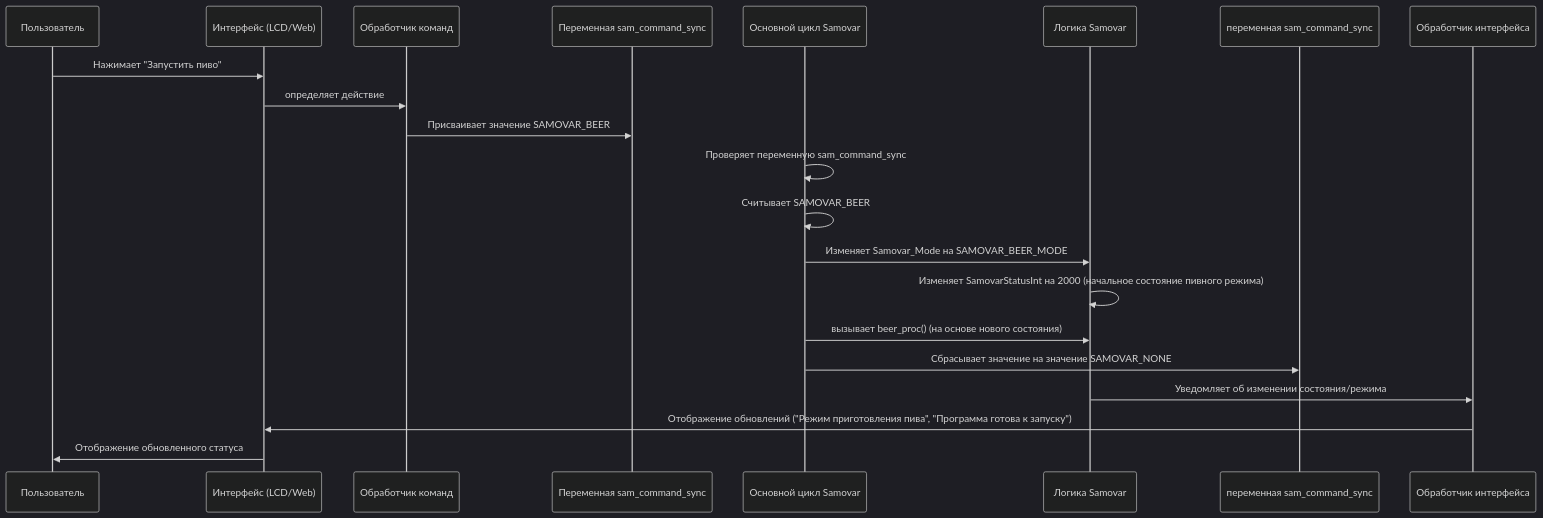
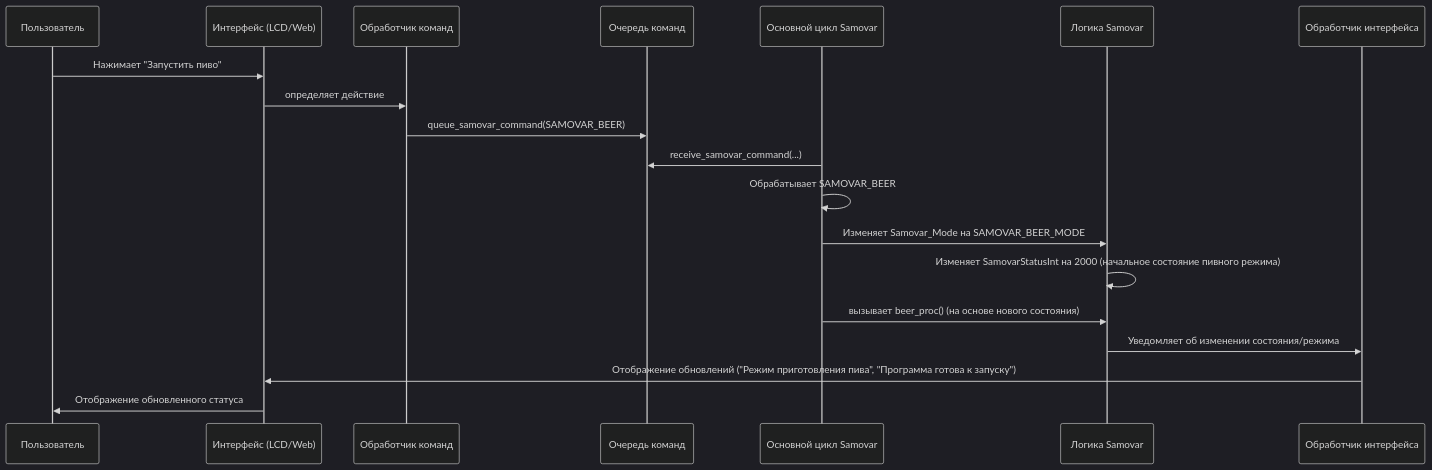
One commit to LKosoj/Samovar changed the diagram in doc/03_system_state___mode_management_.md. Above: the diagram before and after it, drawn with Mermaid (dark theme). The commit also changed other lines of this file and 200 other files, not shown here.

````diff
--- a/doc/03_system_state___mode_management_.md
+++ b/doc/03_system_state___mode_management_.md
@@ -105,15 +109,14 @@
 ```mermaid
 sequenceDiagram
     Пользователь->>Интерфейс (LCD/Web): Нажимает "Запустить пиво"
     Интерфейс (LCD/Web)->>Обработчик команд: определяет действие
-    Обработчик команд->>Переменная sam_command_sync: Присваивает значение SAMOVAR_BEER
-    Основной цикл Samovar->>Основной цикл Samovar: Проверяет переменную sam_command_sync
-    Основной цикл Samovar->>Основной цикл Samovar: Считывает SAMOVAR_BEER
+    Обработчик команд->>Очередь команд: queue_samovar_command(SAMOVAR_BEER)
+    Основной цикл Samovar->>Очередь команд: receive_samovar_command(...)
+    Основной цикл Samovar->>Основной цикл Samovar: Обрабатывает SAMOVAR_BEER
     Основной цикл Samovar->>Логика Samovar: Изменяет Samovar_Mode на SAMOVAR_BEER_MODE
     Логика Samovar->>Логика Samovar: Изменяет SamovarStatusInt на 2000 (начальное состояние пивного режима)
     Основной цикл Samovar->>Логика Samovar: вызывает beer_proc() (на основе нового состояния)
-    Основной цикл Samovar->>переменная sam_command_sync: Сбрасывает значение на значение SAMOVAR_NONE
     Логика Samovar->>Обработчик интерфейса: Уведомляет об изменении состояния/режима
     Обработчик интерфейса->>Интерфейс (LCD/Web): Отображение обновлений ("Режим приготовления пива", "Программа готова к запуску")
     Интерфейс (LCD/Web)->>Пользователь: Отображение обновленного статуса
 ```
````
